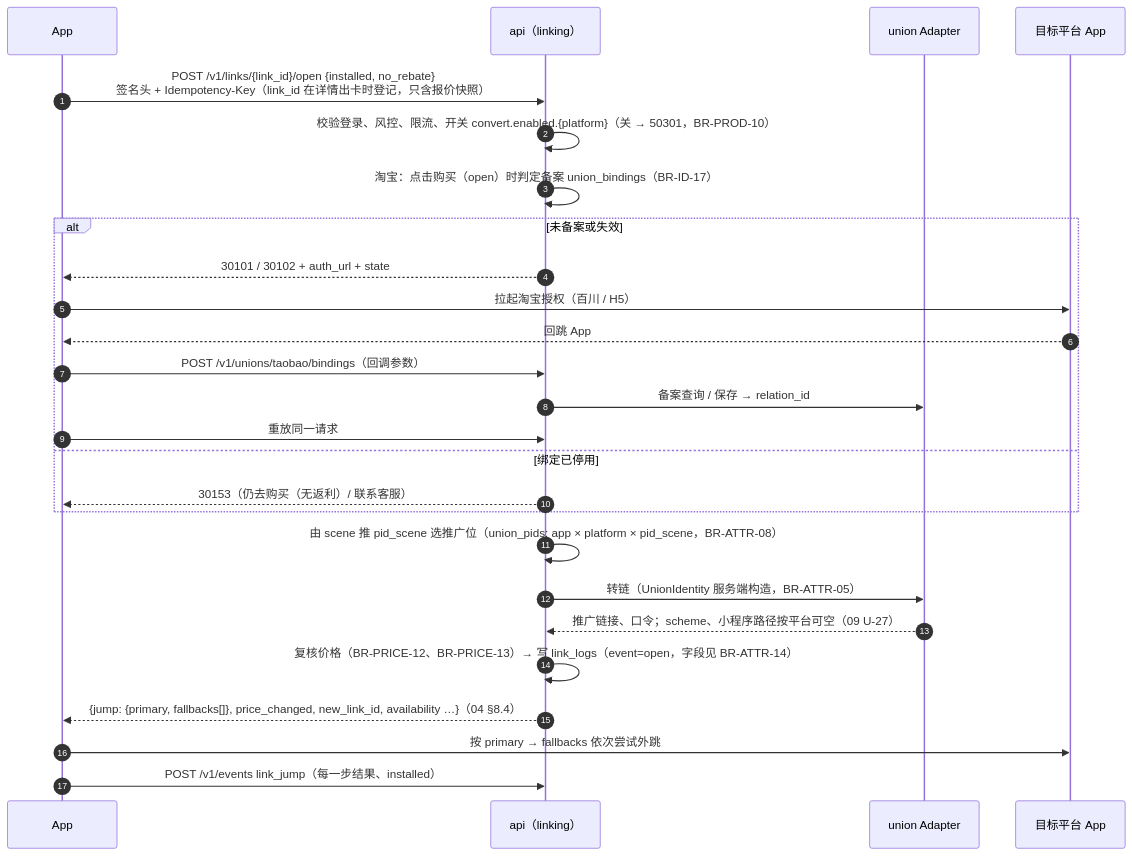
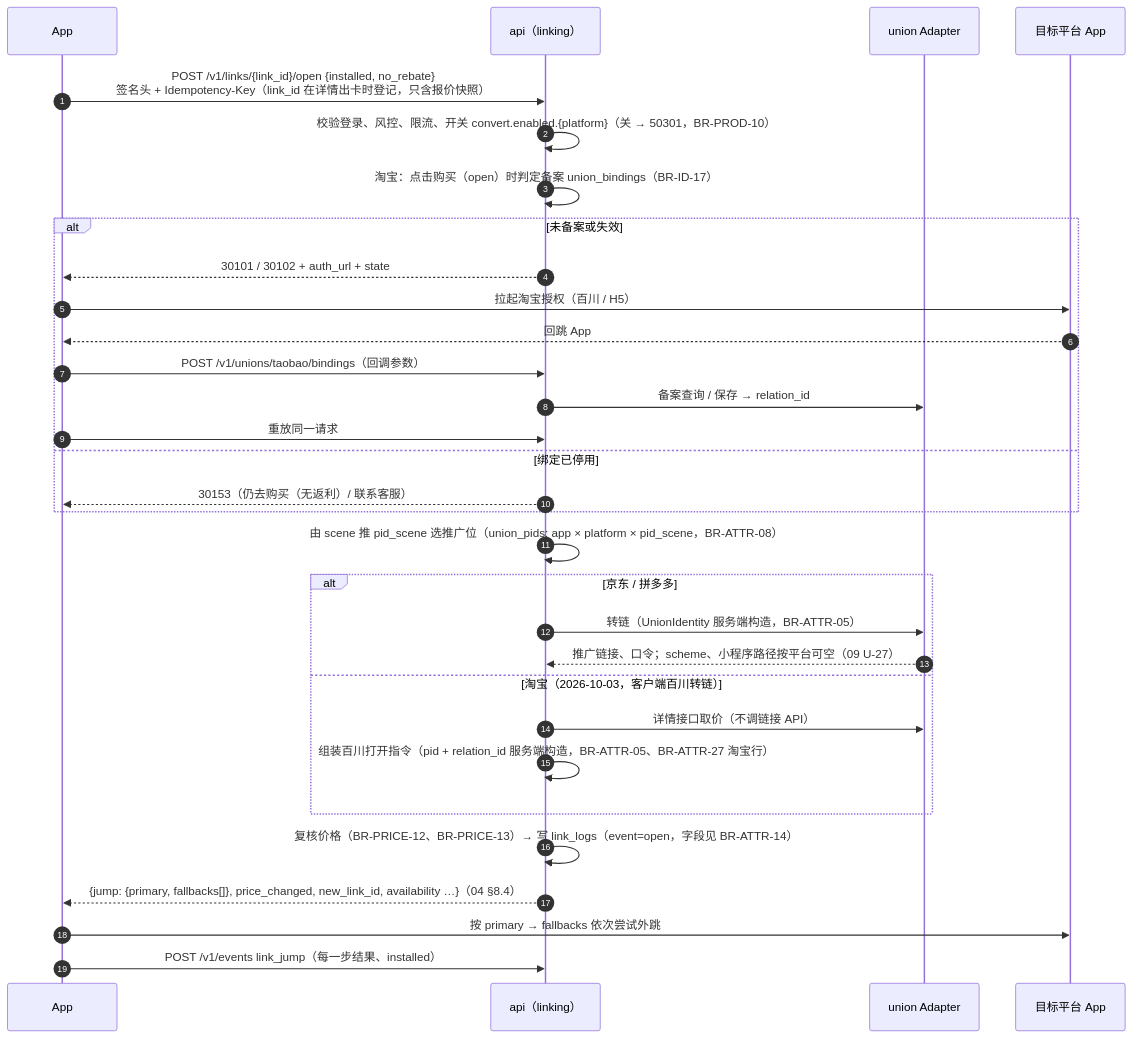
The second of 5 diagrams in 规划/02_系统架构.md (zora4523-bot/couli), drawn with Mermaid before and after one commit. The commit also changed other lines of this file and 8 other files, not shown here.

````diff
--- a/规划/02_系统架构.md
+++ b/规划/02_系统架构.md
@@ -256,28 +256,33 @@
 ```mermaid
 sequenceDiagram
   autonumber
   participant C as App
   participant A as api（linking）
   participant U as union Adapter
   participant P as 目标平台 App
   C->>A: POST /v1/links/{link_id}/open {installed, no_rebate}<br/>签名头 + Idempotency-Key（link_id 在详情出卡时登记，只含报价快照）
   A->>A: 校验登录、风控、限流、开关 convert.enabled.{platform}（关 → 50301，BR-PROD-10）
   A->>A: 淘宝：点击购买（open）时判定备案 union_bindings（BR-ID-17）
   alt 未备案或失效
     A-->>C: 30101 / 30102 + auth_url + state
     C->>P: 拉起淘宝授权（百川 / H5）
     P-->>C: 回跳 App
     C->>A: POST /v1/unions/taobao/bindings（回调参数）
     A->>U: 备案查询 / 保存 → relation_id
     C->>A: 重放同一请求
   else 绑定已停用
     A-->>C: 30153（仍去购买（无返利）/ 联系客服）
   end
   A->>A: 由 scene 推 pid_scene 选推广位（union_pids: app × platform × pid_scene，BR-ATTR-08）
-  A->>U: 转链（UnionIdentity 服务端构造，BR-ATTR-05）
-  U-->>A: 推广链接、口令；scheme、小程序路径按平台可空（09 U-27）
+  alt 京东 / 拼多多
+    A->>U: 转链（UnionIdentity 服务端构造，BR-ATTR-05）
+    U-->>A: 推广链接、口令；scheme、小程序路径按平台可空（09 U-27）
+  else 淘宝（2026-10-03，客户端百川转链）
+    A->>U: 详情接口取价（不调链接 API）
+    A->>A: 组装百川打开指令（pid + relation_id 服务端构造，BR-ATTR-05、BR-ATTR-27 淘宝行）
+  end
   A->>A: 复核价格（BR-PRICE-12、BR-PRICE-13）→ 写 link_logs（event=open，字段见 BR-ATTR-14）
   A-->>C: {jump: {primary, fallbacks[]}, price_changed, new_link_id, availability …}（04 §8.4）
   C->>P: 按 primary → fallbacks 依次尝试外跳
   C->>A: POST /v1/events link_jump（每一步结果、installed）
 ```
````
